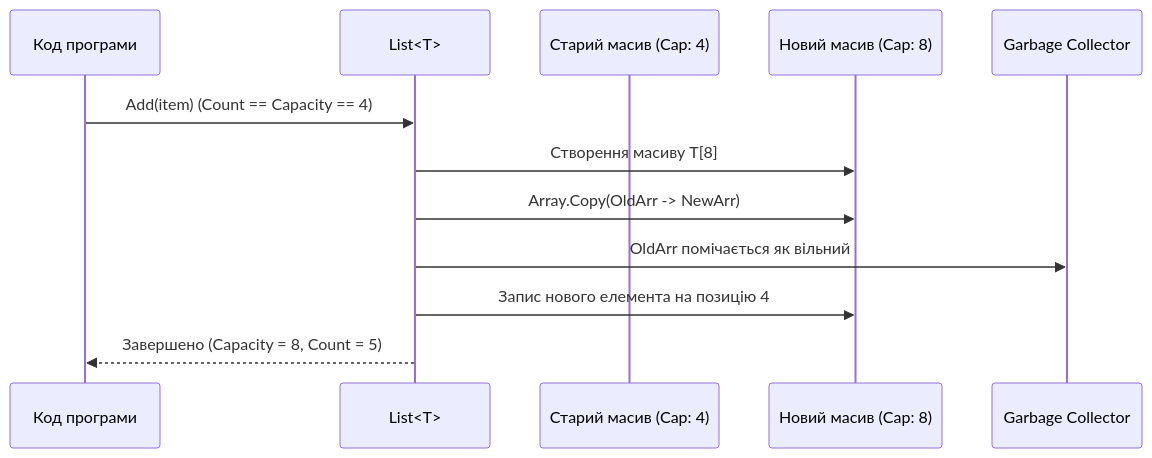
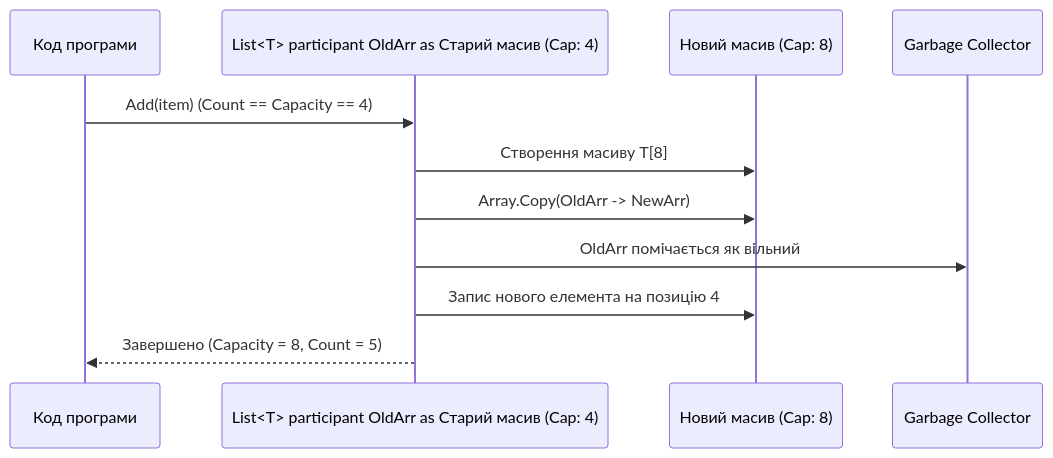
One commit to MrTomkaYurii/CSharp-OOP-Mastery changed the second of 2 diagrams in 03-Csharp-Mechanics/02-Collections/Docs/03_Generic_List_And_Dynamic_Resizing.md. Above: the diagram before and after it, drawn with Mermaid. The commit also changed 79 other files, not shown here.

````diff
--- a/03-Csharp-Mechanics/02-Collections/Docs/03_Generic_List_And_Dynamic_Resizing.md
+++ b/03-Csharp-Mechanics/02-Collections/Docs/03_Generic_List_And_Dynamic_Resizing.md
@@ -38,15 +38,14 @@
 ```mermaid
 sequenceDiagram
     participant Code as Код програми
-    participant List as List<T>
-    participant OldArr as Старий масив (Cap: 4)
+    participant List as List<T> participant OldArr as Старий масив (Cap: 4)
     participant NewArr as Новий масив (Cap: 8)
     participant GC as Garbage Collector
 
     Code->>List: Add(item) (Count == Capacity == 4)
     List->>NewArr: Створення масиву T[8]
     List->>NewArr: Array.Copy(OldArr -> NewArr)
     List->>GC: OldArr помічається як вільний
     List->>NewArr: Запис нового елемента на позицію 4
     List-->>Code: Завершено (Capacity = 8, Count = 5)
 ```
````
